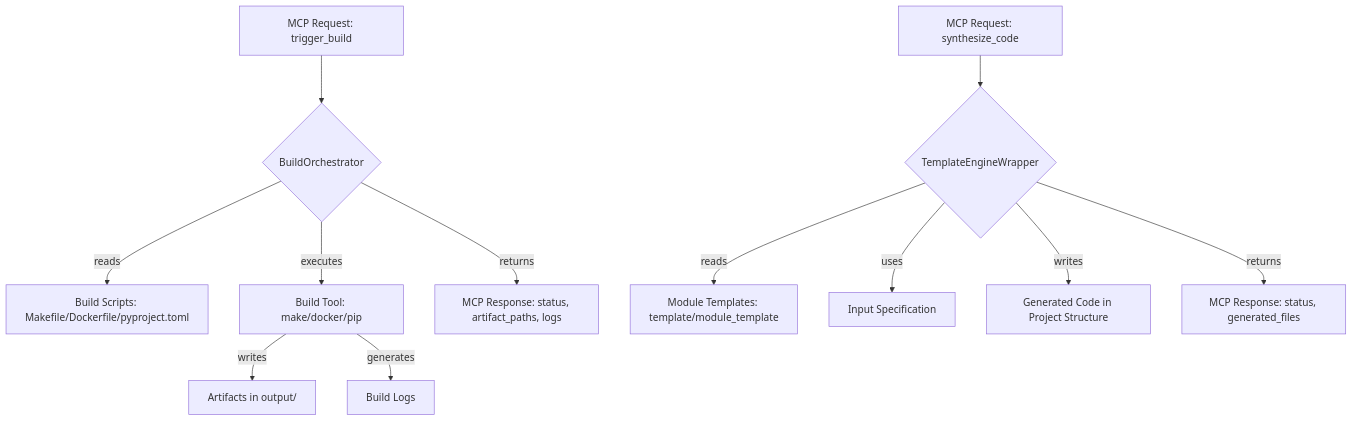
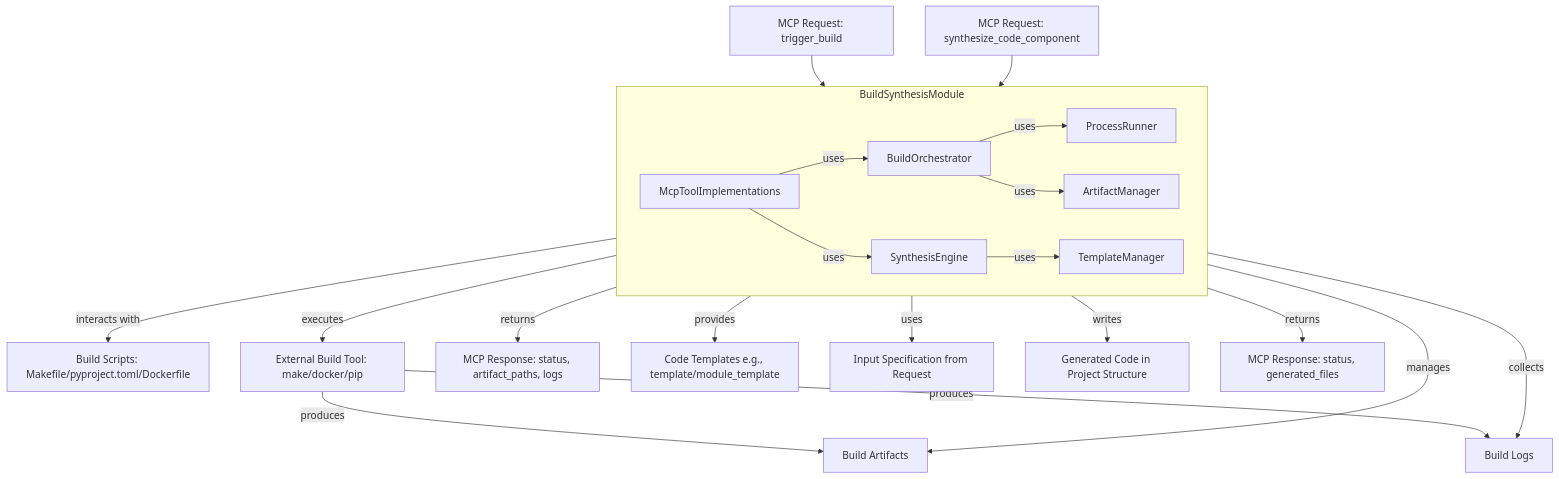
Before and after one commit to docxology/codomyrmex: the diagram in build_synthesis/docs/technical_overview.md, drawn with Mermaid. The commit also changed other lines of this file and 87 other files, not shown here.

````diff
--- a/build_synthesis/docs/technical_overview.md
+++ b/build_synthesis/docs/technical_overview.md
@@ -29,15 +46,32 @@
 ```mermaid
 flowchart TD
-    A[MCP Request: trigger_build] --> B{BuildOrchestrator};
-    B -- reads --> C[Build Scripts: Makefile/Dockerfile/pyproject.toml];
-    B -- executes --> D[Build Tool: make/docker/pip];
-    D -- writes --> E[Artifacts in output/];
-    D -- generates --> F[Build Logs];
-    B -- returns --> G[MCP Response: status, artifact_paths, logs];
+    subgraph BuildSynthesisModule
+        direction LR
+        Orchestrator[BuildOrchestrator]
+        Synthesizer[SynthesisEngine]
+        Templates[TemplateManager]
+        Artifacts[ArtifactManager]
+        Runner[ProcessRunner]
+        McpImpl[McpToolImplementations]
+    end
 
-    H[MCP Request: synthesize_code] --> I{TemplateEngineWrapper};
-    I -- reads --> J[Module Templates: template/module_template];
-    I -- uses --> K[Input Specification];
-    I -- writes --> L[Generated Code in Project Structure];
-    I -- returns --> M[MCP Response: status, generated_files]; 
+    A[MCP Request: trigger_build] --> McpImpl;
+    McpImpl -- uses --> Orchestrator;
+    Orchestrator -- uses --> Runner;
+    Orchestrator -- interacts with --> C[Build Scripts: Makefile/pyproject.toml/Dockerfile];
+    Runner -- executes --> D[External Build Tool: make/docker/pip];
+    D -- produces --> E[Build Artifacts];
+    Orchestrator -- uses --> Artifacts;
+    Artifacts -- manages --> E;
+    D -- produces --> F[Build Logs];
+    Orchestrator -- collects --> F;
+    McpImpl -- returns --> G[MCP Response: status, artifact_paths, logs];
+
+    H[MCP Request: synthesize_code_component] --> McpImpl;
+    McpImpl -- uses --> Synthesizer;
+    Synthesizer -- uses --> Templates;
+    Templates -- provides --> J[Code Templates e.g., template/module_template];
+    Synthesizer -- uses --> K[Input Specification from Request];
+    Synthesizer -- writes --> L[Generated Code in Project Structure];
+    McpImpl -- returns --> M[MCP Response: status, generated_files];
 ```
````
